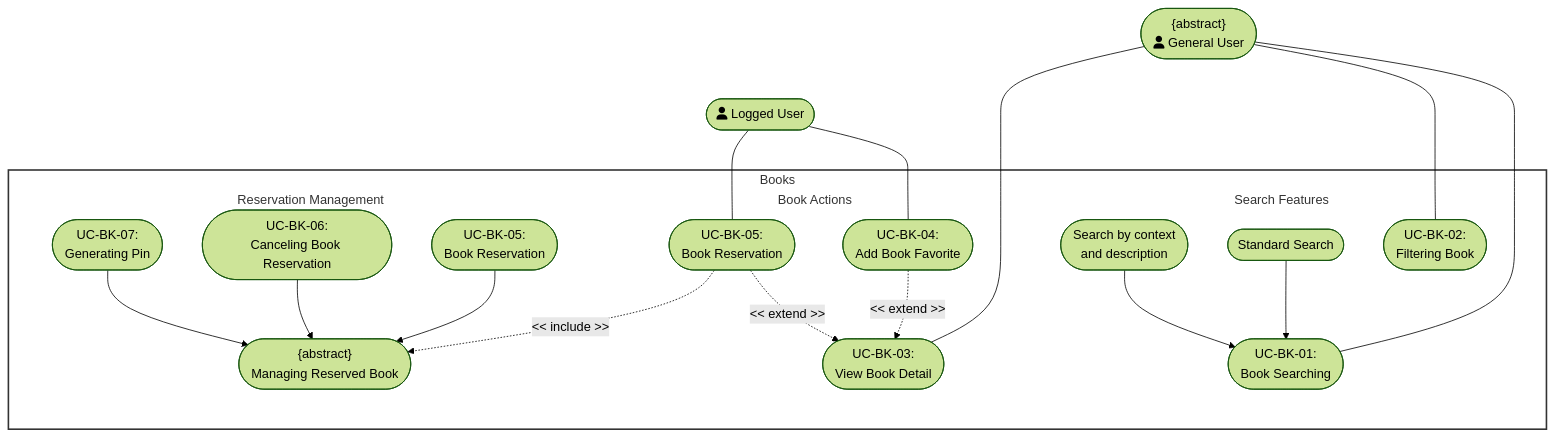
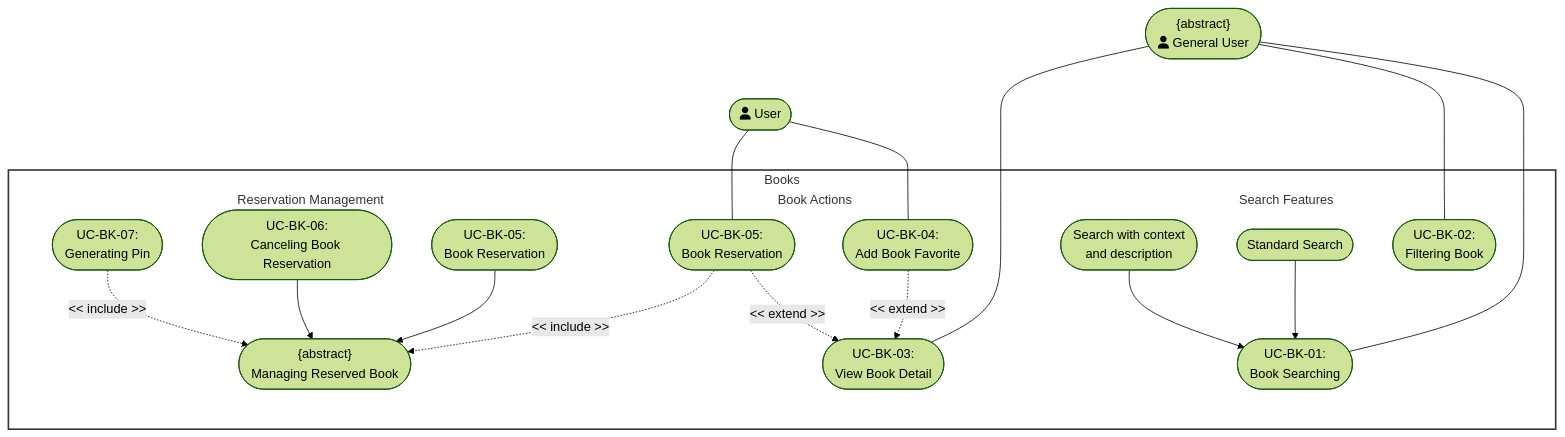
One commit to DuyNhat1705/AmeThyst-Library changed the fourth of 9 diagrams in docs/management/PA3/Use-CaseSpecification.md. Above: the diagram before and after it, drawn with Mermaid (forest theme). The commit also changed other lines of this file and 5 other files, not shown here.

Commit message:
update usecase diagram for PA4

````diff
--- a/docs/management/PA3/Use-CaseSpecification.md
+++ b/docs/management/PA3/Use-CaseSpecification.md
@@ -1321,65 +1317,65 @@
 ```mermaid
 flowchart TD
     %% Actors 
     Actor1(["<center>{abstract}<br>fa:fa-user General User</center>"])
-    Actor2(["<center>fa:fa-user Logged User</center>"])
+    Actor2(["<center>fa:fa-user User</center>"])
 
     %% System Boundary Subgraph
     subgraph BooksSystem [Books]
         %% Column 1: Search & Filter Features
         subgraph SearchBlock [Search Features]
             UC_StdSearch(["<center>Standard Search</center>"])
-            UC_SemSearch(["<center>Search by context<br>and description</center>"])
+            UC_SemSearch(["<center>Search with context<br>and description</center>"])
             UC_AbsSearching(["<center>UC-BK-01:<br>Book Searching</center>"])
             UC_Filter(["<center>UC-BK-02:<br>Filtering Book</center>"])
         end
         
         %% Column 2: Book Actions
         subgraph ActionBlock [Book Actions]
             UC_ViewDetail(["<center>UC-BK-03:<br>View Book Detail</center>"])
             UC_AddFav(["<center>UC-BK-04:<br>Add Book Favorite</center>"])
             UC_Reserve(["<center>UC-BK-05:<br>Book Reservation</center>"])
         end
         
         %% Column 3: Reservation Management
         subgraph ReserveBlock [Reservation Management]
             UC_AbsManageReserve(["<center>{abstract}<br>Managing Reserved Book</center>"])
             UC_CreateReserve(["<center>UC-BK-05:<br>Book Reservation</center>"])
             UC_CancelReserve(["<center>UC-BK-06:<br>Canceling Book Reservation</center>"])
             UC_GenPin(["<center>UC-BK-07:<br>Generating Pin</center>"])
         end
     end
 
     %% -------------------------------------------------------------
     %% Actor Associations
     %% -------------------------------------------------------------
     Actor1 --- UC_AbsSearching
     Actor1 --- UC_Filter
     Actor1 --- UC_ViewDetail
     Actor2 --- UC_AddFav
     Actor2 --- UC_Reserve
     Actor1 ~~~ Actor2
 
     %% -------------------------------------------------------------
     %% Generalization Relationships
     %% -------------------------------------------------------------
     UC_StdSearch --> UC_AbsSearching
     UC_SemSearch --> UC_AbsSearching
     
     UC_CreateReserve --> UC_AbsManageReserve
     UC_CancelReserve --> UC_AbsManageReserve
-    UC_GenPin --> UC_AbsManageReserve
+    UC_GenPin -. "<< include >>" .-> UC_AbsManageReserve
 
     %% -------------------------------------------------------------
     %% Extend & Include Relationships
     %% -------------------------------------------------------------
     UC_AddFav -. "<< extend >>" .-> UC_ViewDetail
     UC_Reserve -. "<< extend >>" .-> UC_ViewDetail
     UC_Reserve -. "<< include >>" .-> UC_AbsManageReserve
 
     %% Styling
     style BooksSystem fill:#fff,stroke:#333,stroke-width:2px
     style SearchBlock fill:none,stroke:none
     style ActionBlock fill:none,stroke:none
     style ReserveBlock fill:none,stroke:none
 ```
````
